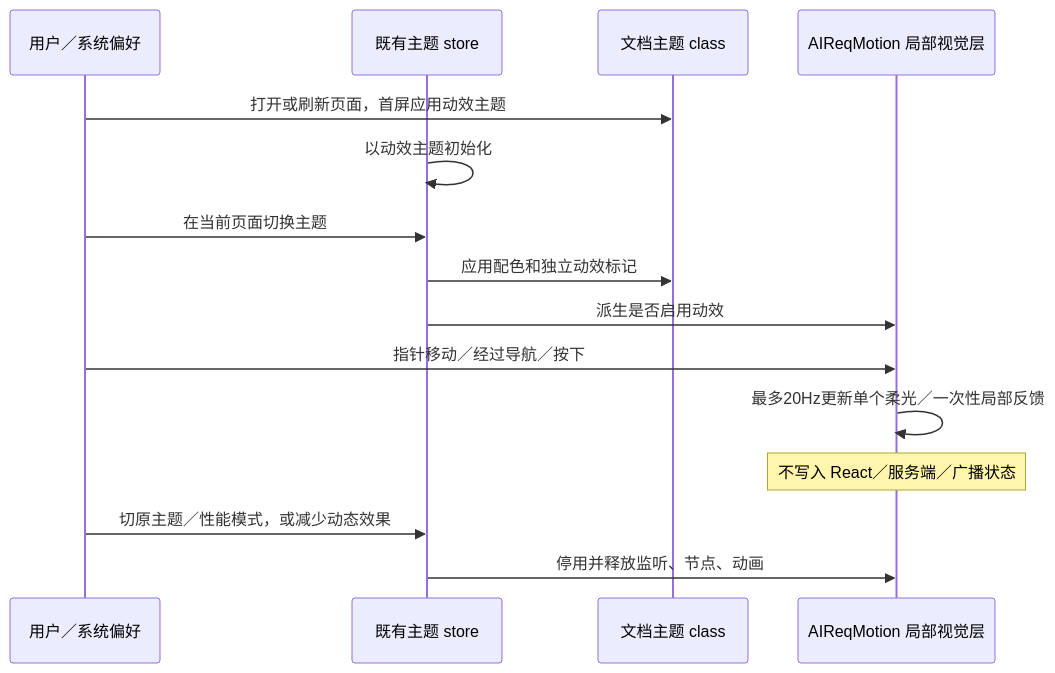
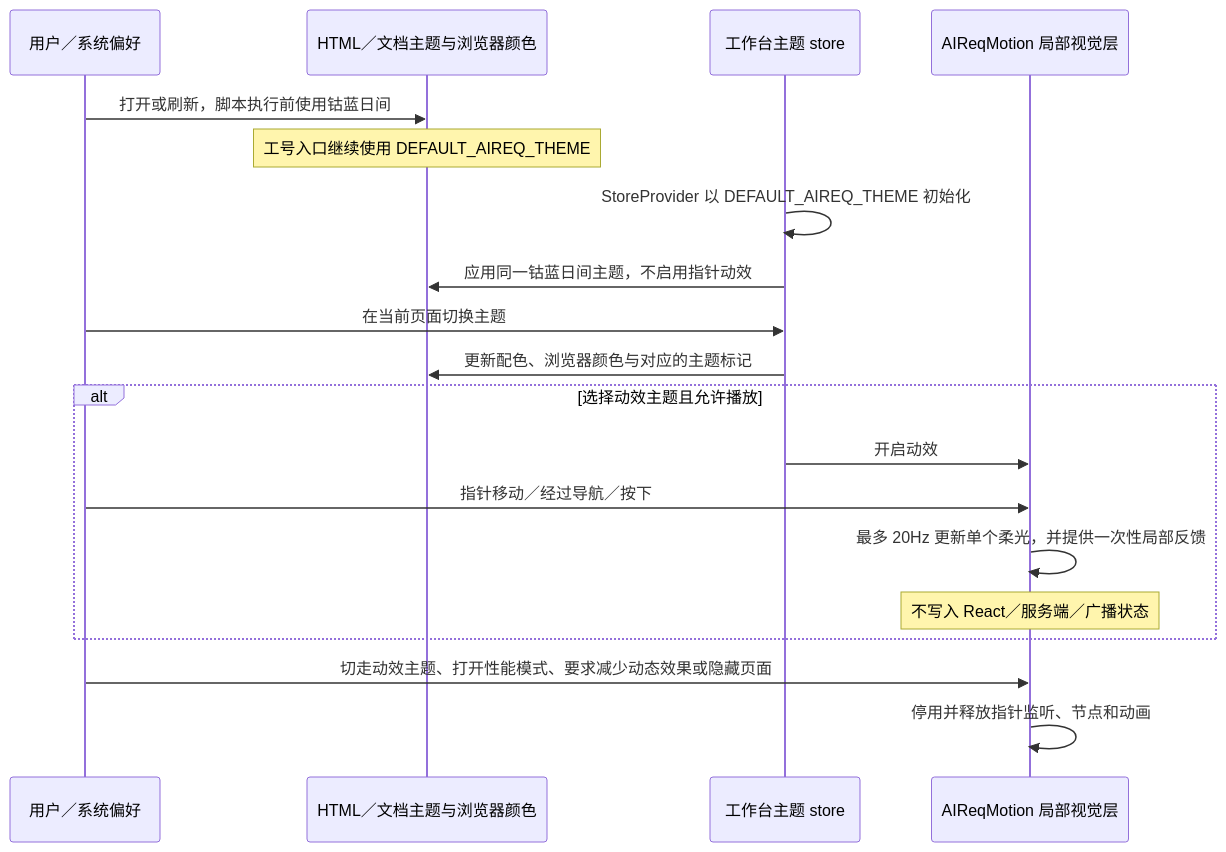
One commit to jchanghong023/ZCode changed the diagram in DESIGN.md. Above: the diagram before and after it, drawn with Mermaid. The commit also changed other lines of this file and 68 other files, not shown here.

````diff
--- a/DESIGN.md
+++ b/DESIGN.md
@@ -116,17 +116,21 @@
 ```mermaid
 sequenceDiagram
   participant U as 用户／系统偏好
-  participant S as 既有主题 store
-  participant D as 文档主题 class
+  participant D as HTML／文档主题与浏览器颜色
+  participant S as 工作台主题 store
   participant M as AIReqMotion 局部视觉层
-  U->>D: 打开或刷新页面，首屏应用动效主题
-  S->>S: 以动效主题初始化
+  U->>D: 打开或刷新，脚本执行前使用钴蓝日间
+  Note over D: 工号入口继续使用 DEFAULT_AIREQ_THEME
+  S->>S: StoreProvider 以 DEFAULT_AIREQ_THEME 初始化
+  S->>D: 应用同一钴蓝日间主题，不启用指针动效
   U->>S: 在当前页面切换主题
-  S->>D: 应用配色和独立动效标记
-  S->>M: 派生是否启用动效
-  U->>M: 指针移动／经过导航／按下
-  M->>M: 最多20Hz更新单个柔光／一次性局部反馈
-  Note over M: 不写入 React／服务端／广播状态
-  U->>S: 切原主题／性能模式，或减少动态效果
-  S->>M: 停用并释放监听、节点、动画
+  S->>D: 更新配色、浏览器颜色与对应的主题标记
+  alt 选择动效主题且允许播放
+    S->>M: 开启动效
+    U->>M: 指针移动／经过导航／按下
+    M->>M: 最多 20Hz 更新单个柔光，并提供一次性局部反馈
+    Note over M: 不写入 React／服务端／广播状态
+  end
+  U->>M: 切走动效主题、打开性能模式、要求减少动态效果或隐藏页面
+  M->>M: 停用并释放指针监听、节点和动画
 ```
````
